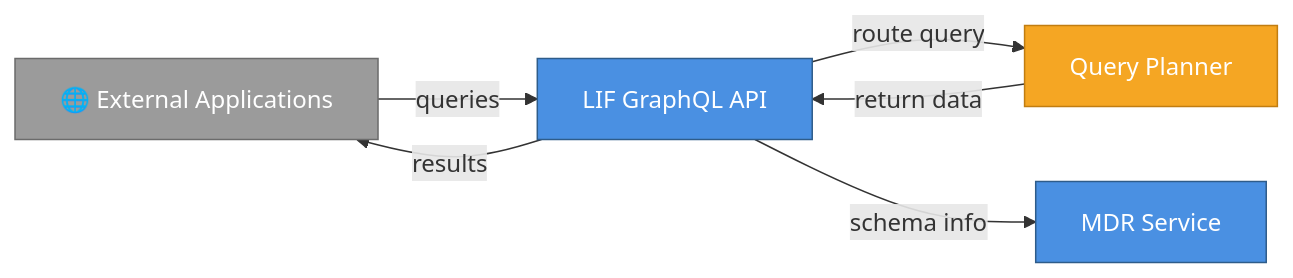
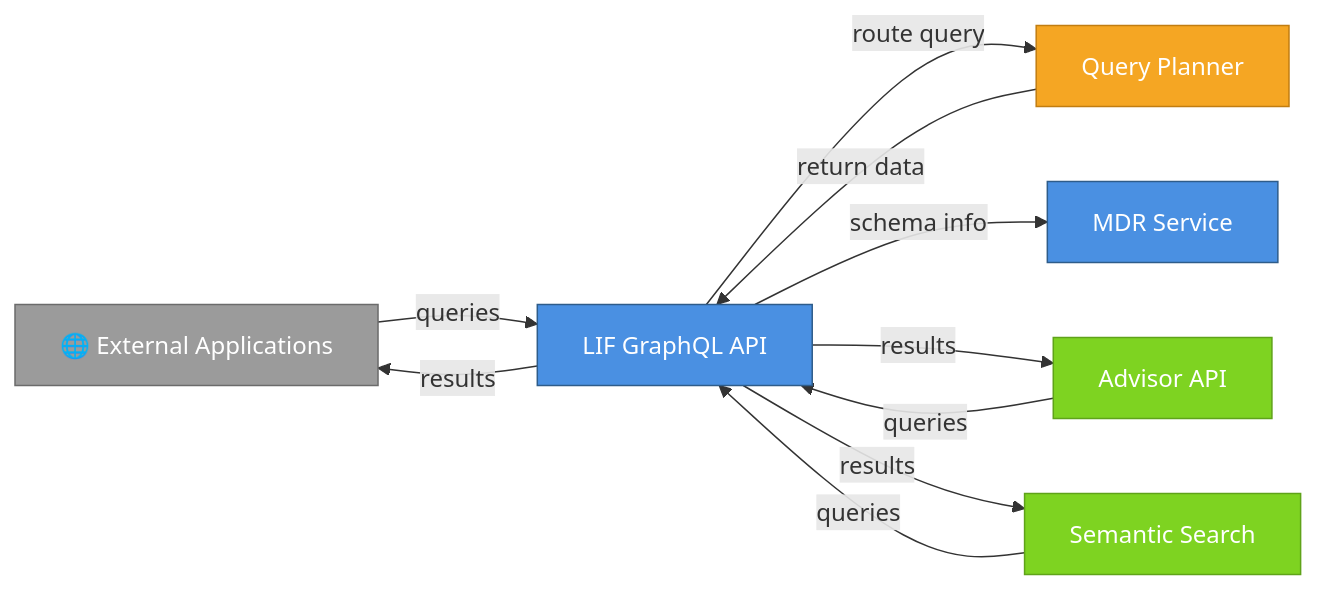
Before and after one commit to LIF-Initiative/lif-core: the second of 16 diagrams in docs/lif_services_overview.md, drawn with Mermaid. The commit also changed other lines of this file, not shown here.

Commit message:
docs: update more diagrams and cleanup

````diff
--- a/docs/lif_services_overview.md
+++ b/docs/lif_services_overview.md
@@ -93,21 +93,29 @@
 ```mermaid
 graph LR
     Users[🌐 External Applications]
     GQL[LIF GraphQL API]
     QP[Query Planner]
     MDR[MDR Service]
+    Advisor[Advisor API]
+    MCP[Semantic Search]
     
     Users -->|queries| GQL
     GQL -->|route query| QP
     GQL -->|schema info| MDR
     QP -->|return data| GQL
     GQL -->|results| Users
+    Advisor -->|queries| GQL
+    GQL -->|results| Advisor
+    MCP -->|queries| GQL
+    GQL -->|results| MCP
     
     classDef coreStyle fill:#4A90E2,stroke:#2E5C8A,color:#fff
+    classDef intelStyle fill:#7ED321,stroke:#5FA319,color:#fff
     classDef infraStyle fill:#F5A623,stroke:#C17D11,color:#fff
     classDef extStyle fill:#9B9B9B,stroke:#6B6B6B,color:#fff
     
     class GQL,MDR coreStyle
+    class Advisor,MCP intelStyle
     class QP infraStyle
     class Users extStyle
 ```
````
